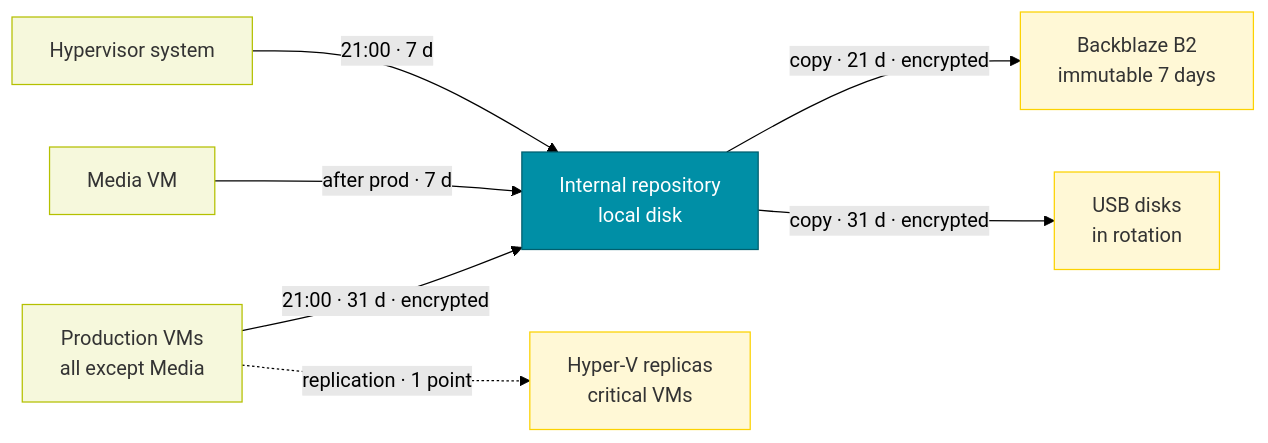
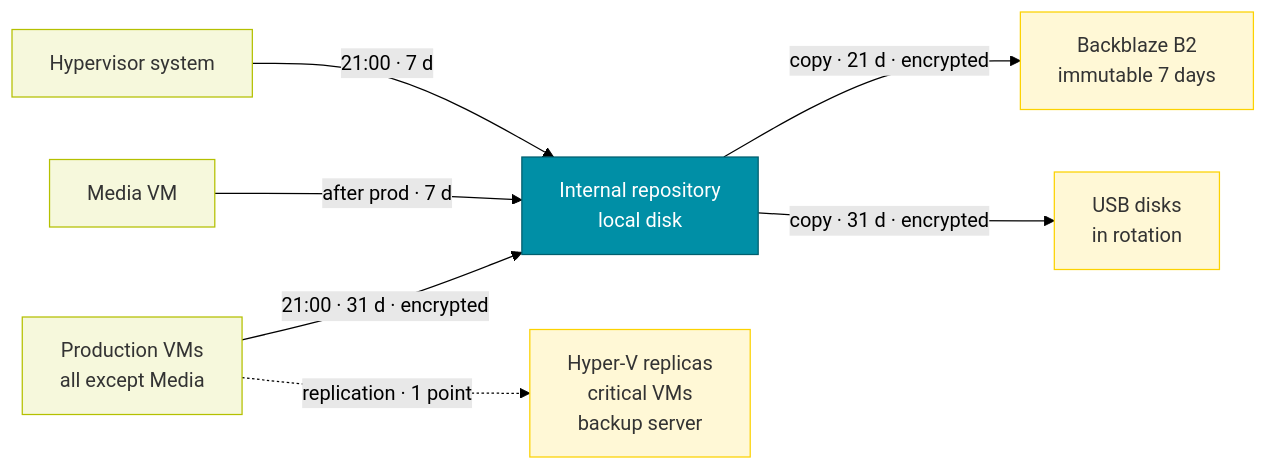
The fourth of 6 diagrams in en/infra/infrastructure.md (stylersnico/abyssproject-wiki), drawn with Mermaid (forest theme) before and after one commit. The commit also changed other lines of this file, not shown here.

````diff
--- a/en/infra/infrastructure.md
+++ b/en/infra/infrastructure.md
@@ -272,22 +285,22 @@
 ```mermaid
 graph LR
   P["Production VMs<br>all except Media"]
   M["Media VM"]
   O["Hypervisor system"]
   R["Internal repository<br>local disk"]
   B2["Backblaze B2<br>immutable 7 days"]
   USB["USB disks<br>in rotation"]
-  REP["Hyper-V replicas<br>critical VMs"]
+  REP["Hyper-V replicas<br>critical VMs<br>backup server"]
   P -->|"21:00 · 31 d · encrypted"| R
   M -->|"after prod · 7 d"| R
   O -->|"21:00 · 7 d"| R
   R -->|"copy · 21 d · encrypted"| B2
   R -->|"copy · 31 d · encrypted"| USB
   P -.->|"replication · 1 point"| REP
   classDef src fill:#F6F8DC,stroke:#B4C000,color:#333333;
   classDef core fill:#008FA6,stroke:#005F6E,color:#ffffff;
   classDef dst fill:#FFF8D6,stroke:#FCD200,color:#333333;
   class P,M,O src;
   class R core;
   class B2,USB,REP dst;
 ```
````
